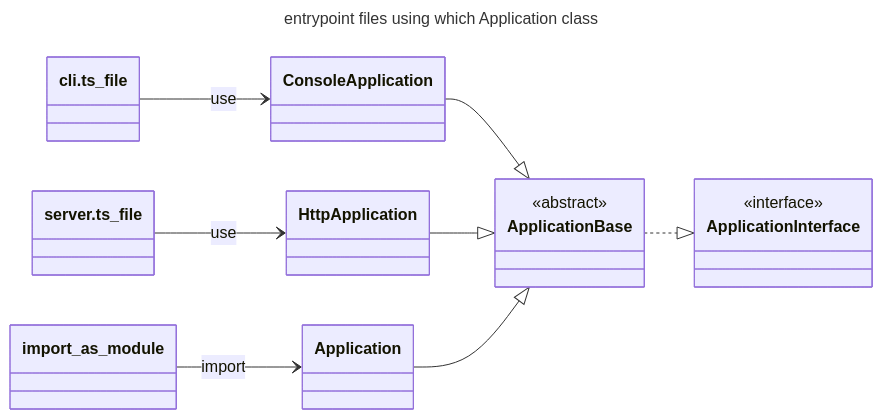
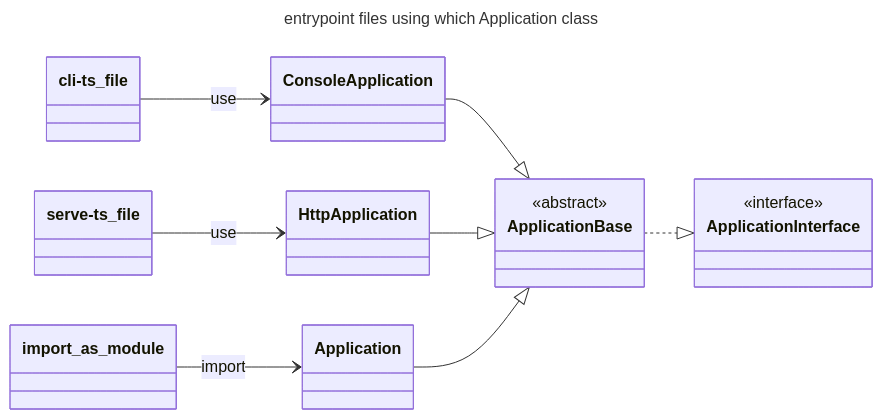
Before and after one commit to ndxbn/bun: the diagram in docs/README.md, drawn with Mermaid.

Commit message:
style: CR LF -> LF

````diff
--- a/docs/README.md
+++ b/docs/README.md
@@ -10,24 +10,24 @@
 ```mermaid
 ---
 title: entrypoint files using which Application class
 ---
 classDiagram
 direction LR
 
 class ApplicationBase {
   <<abstract>>
 }
 class ApplicationInterface {
   <<interface>>
 }
 %% entrypoint --> each application class
-cli.ts_file --> ConsoleApplication: use
-server.ts_file --> HttpApplication: use
+cli-ts_file --> ConsoleApplication: use
+serve-ts_file --> HttpApplication: use
 import_as_module --> Application: import
 
 %% Application classes extends/implements
 ConsoleApplication --|> ApplicationBase
 HttpApplication --|> ApplicationBase
 Application --|> ApplicationBase
 ApplicationBase ..|> ApplicationInterface
 ```
````
